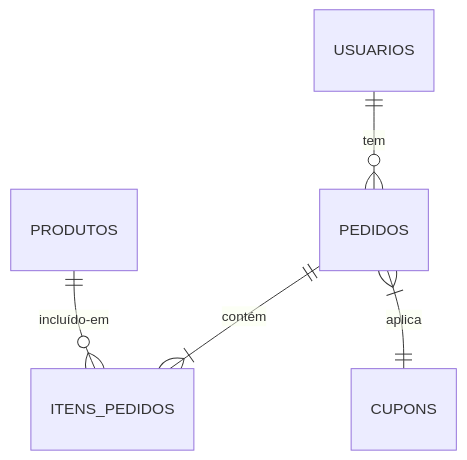
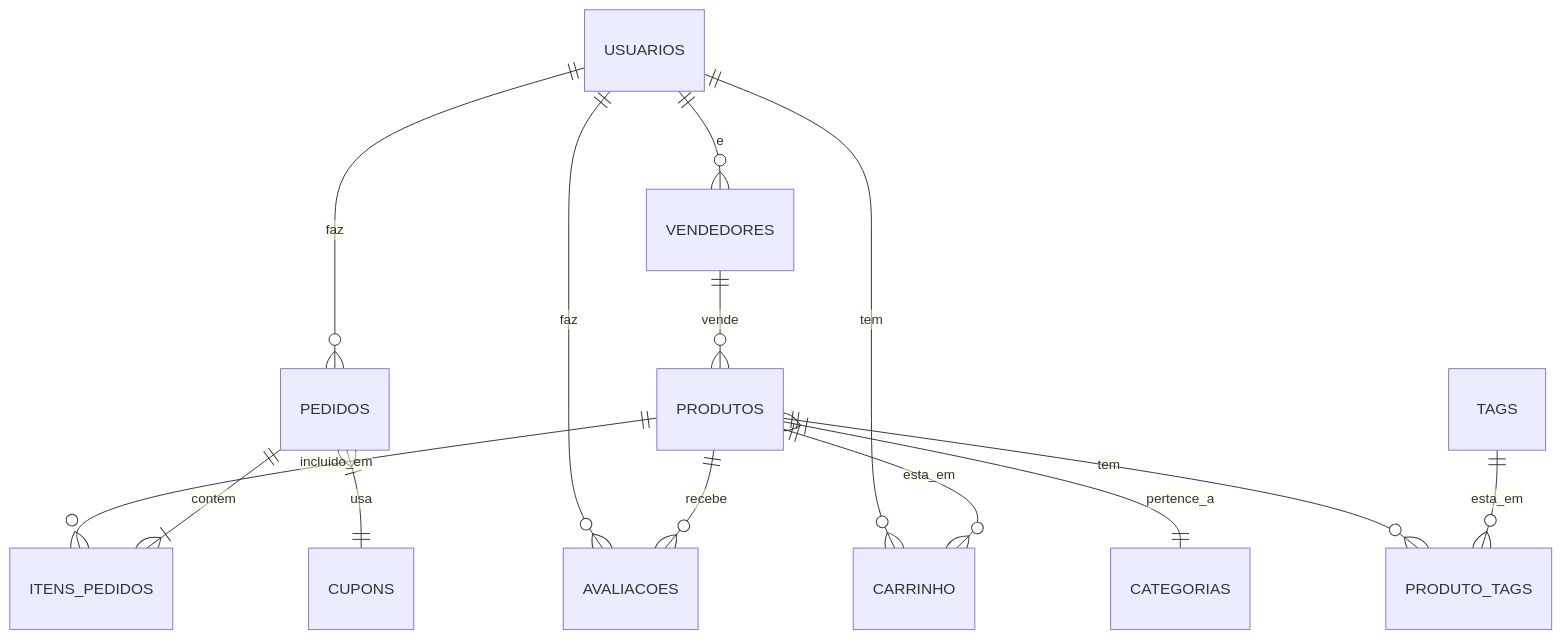
One commit to ChacaraKairo/Marketplace-PI-4-Sem changed the diagram in README.md. Above: the diagram before and after it, drawn with Mermaid.

````diff
--- a/README.md
+++ b/README.md
@@ -110,7 +110,19 @@
 ```mermaid
 erDiagram
-  USUARIOS ||--o{ PEDIDOS : tem
-  PEDIDOS ||--|{ ITENS_PEDIDOS : contém
-  PRODUTOS ||--o{ ITENS_PEDIDOS : incluído-em
-  PEDIDOS }|--|| CUPONS : aplica
+    USUARIOS ||--o{ PEDIDOS : faz
+    USUARIOS ||--o{ AVALIACOES : faz
+    USUARIOS ||--o{ CARRINHO : tem
+    USUARIOS ||--o{ VENDEDORES : e
+
+    VENDEDORES ||--o{ PRODUTOS : vende
+
+    PRODUTOS ||--o{ AVALIACOES : recebe
+    PRODUTOS ||--o{ ITENS_PEDIDOS : incluido_em
+    PRODUTOS ||--o{ CARRINHO : esta_em
+    PRODUTOS }|--|| CATEGORIAS : pertence_a
+    PRODUTOS ||--o{ PRODUTO_TAGS : tem
+    TAGS ||--o{ PRODUTO_TAGS : esta_em
+
+    PEDIDOS ||--|{ ITENS_PEDIDOS : contem
+    PEDIDOS }|--|| CUPONS : usa
 ```
````
